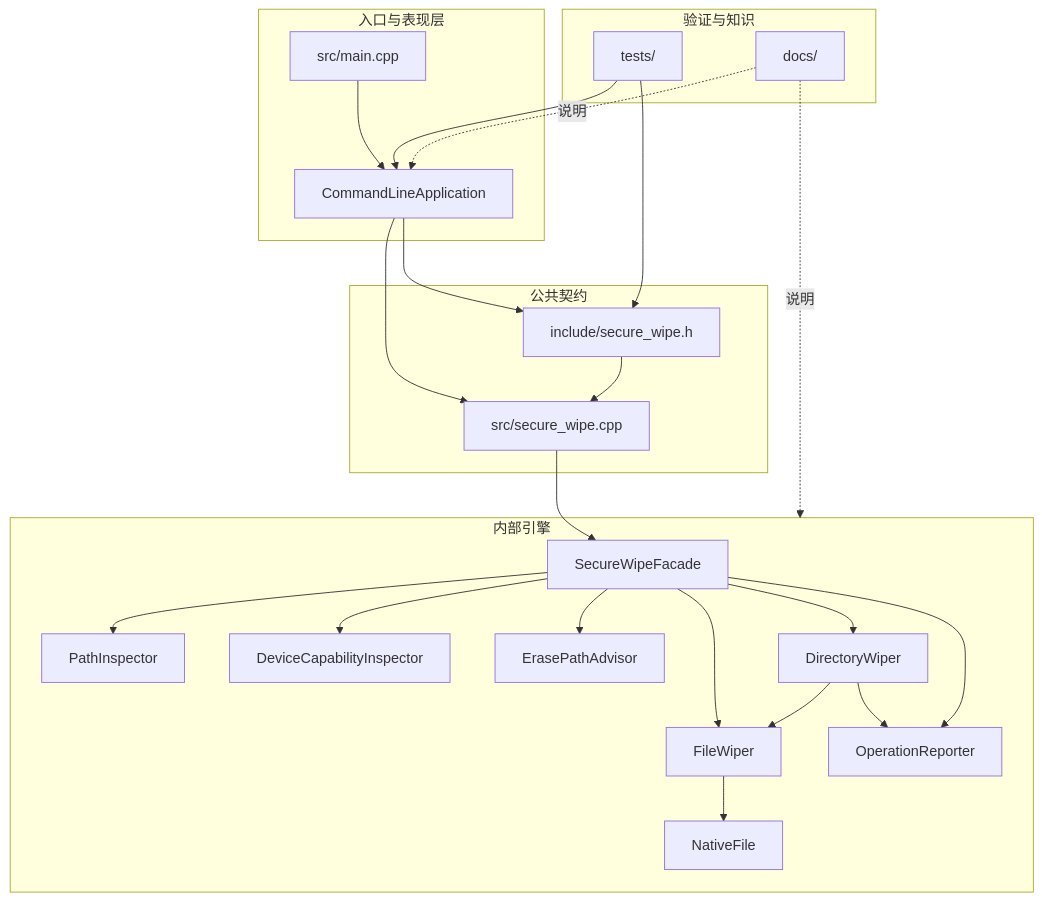
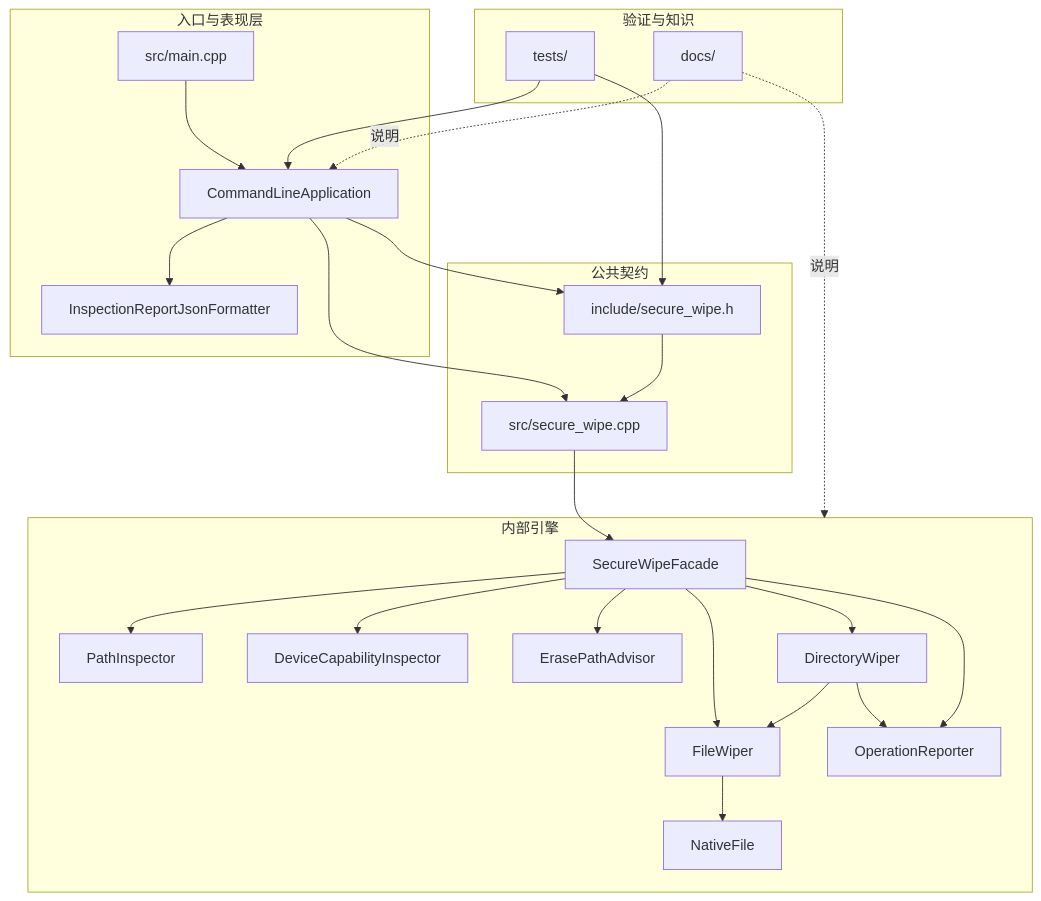
One commit to shushu-cell/SecureWipe-Cpp changed the second of 3 diagrams in docs/engineering/architecture.md. Above: the diagram before and after it, drawn with Mermaid. The commit also changed other lines of this file and 8 other files, not shown here.

Commit message:
Extract inspect json formatter

````diff
--- a/docs/engineering/architecture.md
+++ b/docs/engineering/architecture.md
@@ -47,53 +47,55 @@
 ```mermaid
 flowchart TB
 	subgraph Entry[入口与表现层]
 		Main[src/main.cpp]
 		CLI[CommandLineApplication]
+		Formatter[InspectionReportJsonFormatter]
 	end
 
 	subgraph Contract[公共契约]
 		Header[include/secure_wipe.h]
 		ApiFacade[src/secure_wipe.cpp]
 	end
 
 	subgraph Engine[内部引擎]
 		Facade[SecureWipeFacade]
 		Inspector[PathInspector]
 		Capability[DeviceCapabilityInspector]
 		Advisor[ErasePathAdvisor]
 		Directory[DirectoryWiper]
 		File[FileWiper]
 		Native[NativeFile]
 		Reporter[OperationReporter]
 	end
 
 	subgraph Quality[验证与知识]
 		Tests[tests/]
 		Docs[docs/]
 	end
 
 	Main --> CLI
+	CLI --> Formatter
 	CLI --> Header
 	CLI --> ApiFacade
 	Header --> ApiFacade
 	ApiFacade --> Facade
 	Facade --> Inspector
 	Facade --> Capability
 	Facade --> Advisor
 	Facade --> Directory
 	Facade --> File
 	Directory --> File
 	File --> Native
 	Directory --> Reporter
 	Facade --> Reporter
 	Tests --> Header
 	Tests --> CLI
 	Docs -. 说明 .-> CLI
 	Docs -. 说明 .-> Engine
 
 	click Main "../../src/main.cpp#L1" "src/main.cpp"
 	click Header "../../include/secure_wipe.h#L1" "include/secure_wipe.h"
 	click ApiFacade "../../src/secure_wipe.cpp#L1" "src/secure_wipe.cpp"
 	click Tests "../../tests/" "tests/"
 	click Docs "../index.md" "docs/"
 ```
````
